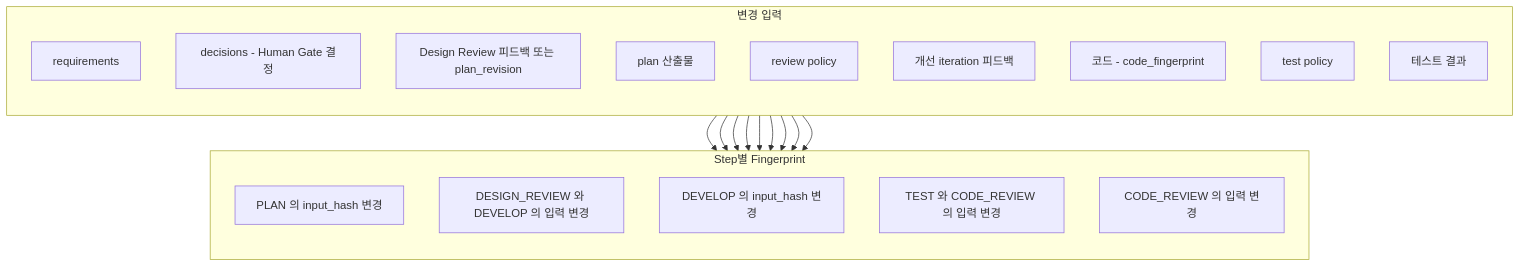
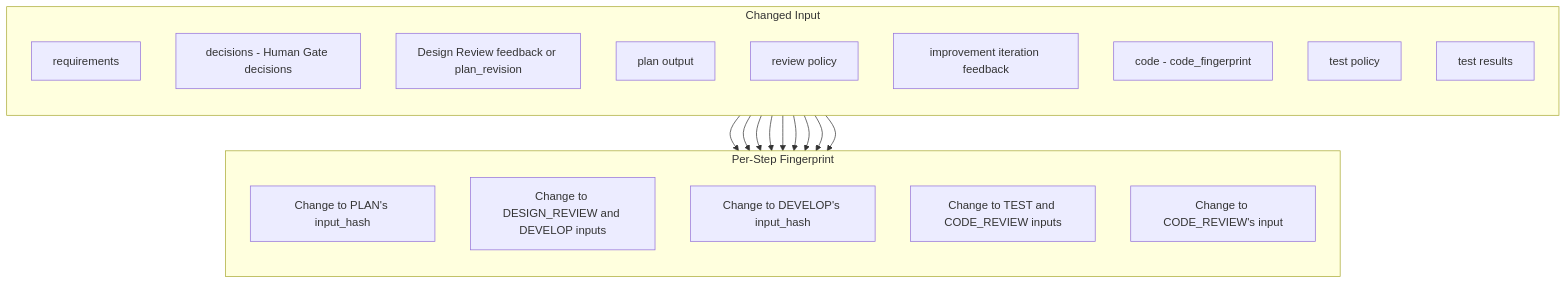
One commit to mdgome/orchestra-ai changed the first of 2 diagrams in docs/workflow/10-invalidation.md. Above: the diagram before and after it, drawn with Mermaid. The commit also changed other lines of this file and 31 other files, not shown here.

````diff
--- a/docs/workflow/10-invalidation.md
+++ b/docs/workflow/10-invalidation.md
@@ -13,34 +15,34 @@
 ```mermaid
 flowchart TD
-    subgraph INPUT["변경 입력"]
+    subgraph INPUT["Changed Input"]
         direction TB
         I1["requirements"]
-        I2["decisions - Human Gate 결정"]
-        I3["Design Review 피드백 또는 plan_revision"]
-        I4["plan 산출물"]
+        I2["decisions - Human Gate decisions"]
+        I3["Design Review feedback or plan_revision"]
+        I4["plan output"]
         I5["review policy"]
-        I6["개선 iteration 피드백"]
-        I7["코드 - code_fingerprint"]
+        I6["improvement iteration feedback"]
+        I7["code - code_fingerprint"]
         I8["test policy"]
-        I9["테스트 결과"]
+        I9["test results"]
     end
 
-    subgraph FINGERPRINT["Step별 Fingerprint"]
+    subgraph FINGERPRINT["Per-Step Fingerprint"]
         direction TB
-        P["PLAN 의 input_hash 변경"]
-        D["DESIGN_REVIEW 와 DEVELOP 의 입력 변경"]
-        V["DEVELOP 의 input_hash 변경"]
-        T["TEST 와 CODE_REVIEW 의 입력 변경"]
-        R["CODE_REVIEW 의 입력 변경"]
+        P["Change to PLAN's input_hash"]
+        D["Change to DESIGN_REVIEW and DEVELOP inputs"]
+        V["Change to DEVELOP's input_hash"]
+        T["Change to TEST and CODE_REVIEW inputs"]
+        R["Change to CODE_REVIEW's input"]
     end
 
     I1 --> P
     I2 --> P
     I3 --> P
     I4 --> D
     I5 --> D
     I6 --> V
     I7 --> T
     I8 --> T
     I9 --> R
 ```
````
